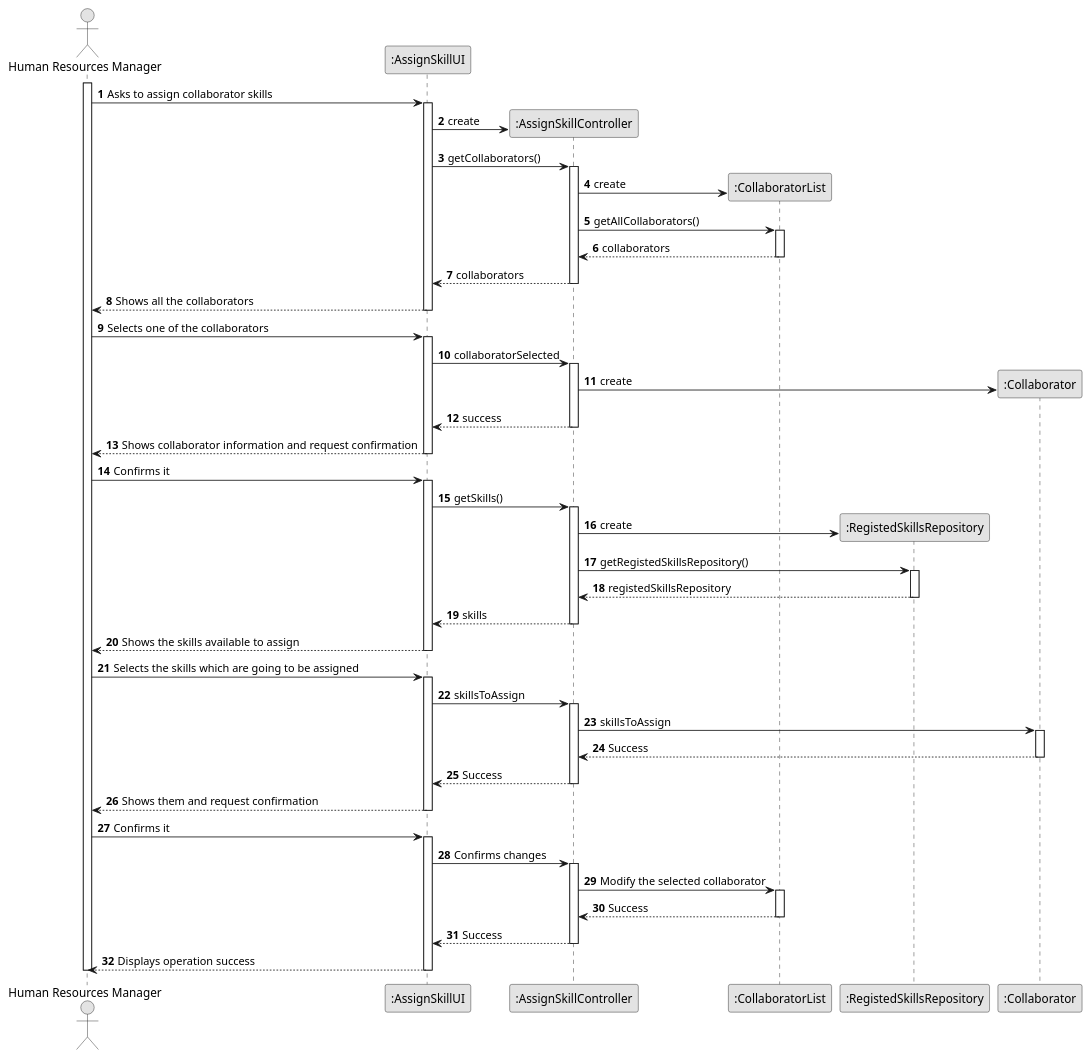
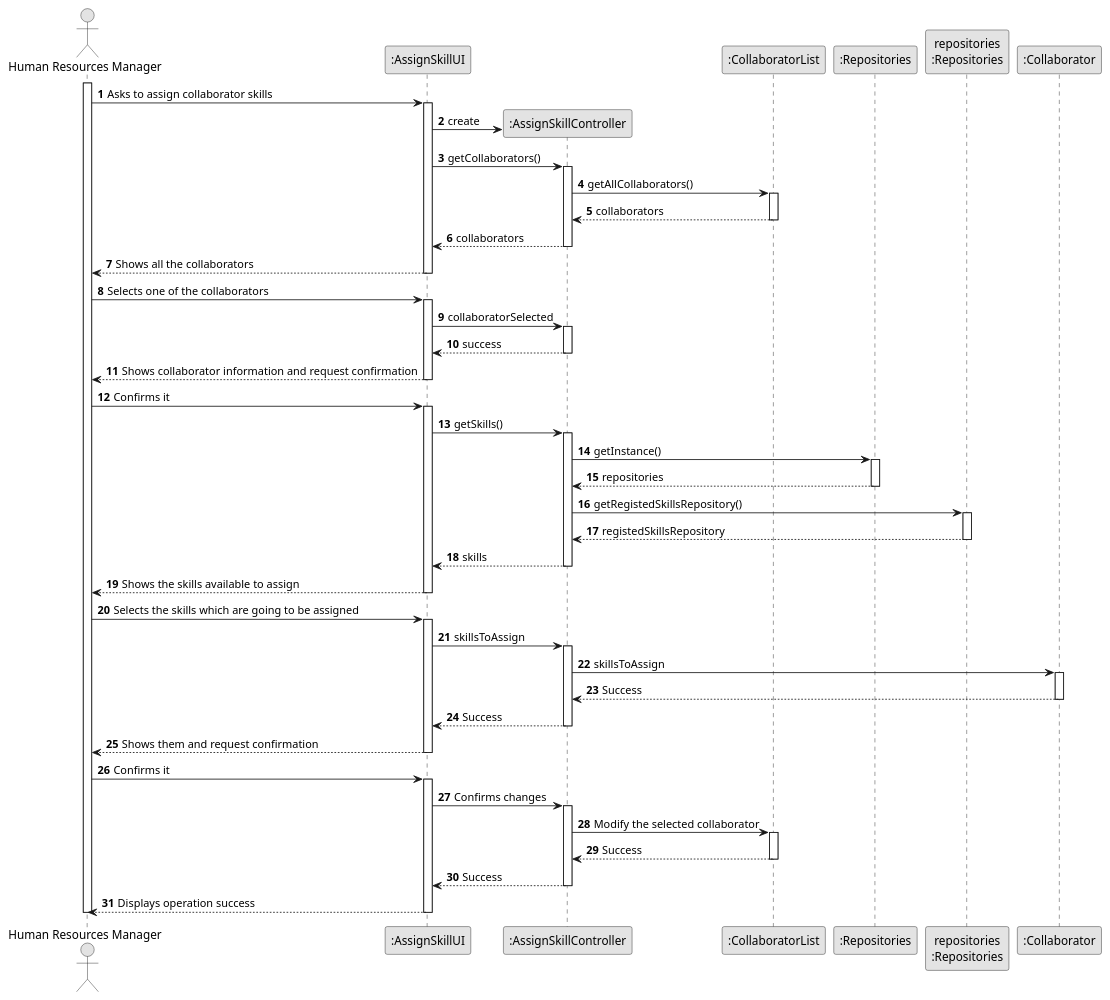
One commit to 1231360-ISEP/lei-24-s2-1db-g021 changed the diagram in docs/sprint2/us004/03.design/puml/us004-sequence-diagram-full.puml. Above: the diagram before and after it, drawn with PlantUML. The commit also changed 14 other files, not shown here.

Commit message:
US004 - Changing the sequence diagram.

```diff
--- a/docs/sprint2/us004/03.design/puml/us004-sequence-diagram-full.puml
+++ b/docs/sprint2/us004/03.design/puml/us004-sequence-diagram-full.puml
@@ -1,110 +1,114 @@
 @startuml
 skinparam monochrome true
 skinparam packageStyle rectangle
 skinparam shadowing false
 
 autonumber
 
 'hide footbox
 actor "Human Resources Manager" as ADM
 participant ":AssignSkillUI" as UI
 participant ":AssignSkillController" as CTRL
 participant ":CollaboratorList" as CollaboratorList
-participant ":RegistedSkillsRepository" as RegistedSkillsRepository
+participant ":Repositories" as Repositories
+participant "repositories\n:Repositories" as RepoInstance
 participant ":Collaborator" as Collaborator
 
 activate ADM
 
         ADM -> UI : Asks to assign collaborator skills
 
         activate UI
             UI -> CTRL** : create
             UI -> CTRL : getCollaborators()
 
             activate CTRL
-
-                CTRL -> CollaboratorList** : create
                 CTRL -> CollaboratorList : getAllCollaborators()
 
                 activate CollaboratorList
                     CollaboratorList --> CTRL: collaborators
                 deactivate CollaboratorList
 
                 CTRL --> UI : collaborators
             deactivate CTRL
 
             UI --> ADM : Shows all the collaborators
         deactivate UI
 
         ADM -> UI : Selects one of the collaborators
 
         activate UI
 
             UI -> CTRL : collaboratorSelected
 
             activate CTRL
-                CTRL -> Collaborator** : create
                 CTRL --> UI : success
             deactivate CTRL
 
             UI --> ADM : Shows collaborator information and request confirmation
         deactivate UI
 
         ADM -> UI : Confirms it
 
         activate UI
             UI -> CTRL : getSkills()
 
             activate CTRL
-                CTRL -> RegistedSkillsRepository** : create
-                CTRL -> RegistedSkillsRepository : getRegistedSkillsRepository()
 
-                activate RegistedSkillsRepository
-                    RegistedSkillsRepository --> CTRL : registedSkillsRepository
-                deactivate RegistedSkillsRepository
+                CTRL -> Repositories : getInstance()
+
+                activate Repositories
+                    Repositories --> CTRL : repositories
+                deactivate Repositories
+
+                CTRL -> RepoInstance : getRegistedSkillsRepository()
+
+                activate RepoInstance
+                    RepoInstance --> CTRL : registedSkillsRepository
+                deactivate RepoInstance
 
                 CTRL --> UI : skills
             deactivate CTRL
 
             UI --> ADM : Shows the skills available to assign
         deactivate UI
 
         ADM -> UI : Selects the skills which are going to be assigned
 
         activate UI
             UI -> CTRL : skillsToAssign
 
             activate CTRL
                 CTRL -> Collaborator : skillsToAssign
 
                 activate Collaborator
                     Collaborator --> CTRL : Success
                 deactivate Collaborator
 
                 CTRL --> UI : Success
             deactivate CTRL
 
             UI --> ADM : Shows them and request confirmation
         deactivate UI
 
         ADM -> UI : Confirms it
 
         activate UI
             UI -> CTRL : Confirms changes
             
             activate CTRL
                 CTRL -> CollaboratorList : Modify the selected collaborator
 
                 activate CollaboratorList
                     CollaboratorList --> CTRL : Success
                 deactivate CollaboratorList
 
                 CTRL --> UI : Success
             deactivate CTRL
 
             UI --> ADM : Displays operation success
         deactivate UI
 
 deactivate ADM
 
 @enduml
```
